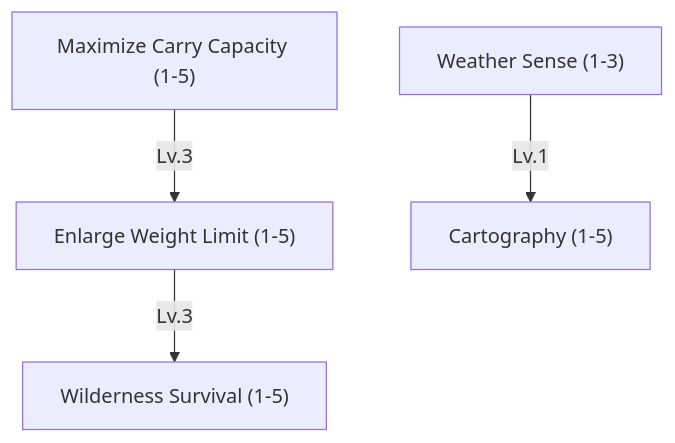
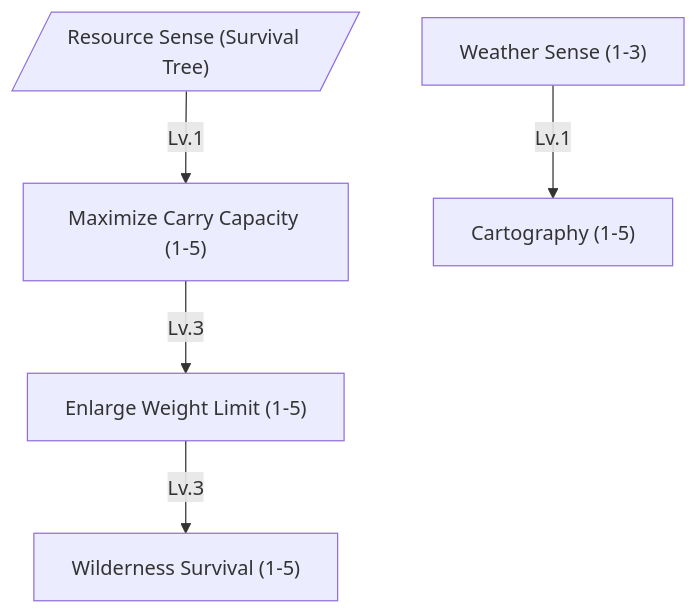
One commit to tfelix/bestia-docs changed the eighth of 16 diagrams in content/docs/mechanics/master.md. Above: the diagram before and after it, drawn with Mermaid. The commit also changed other lines of this file and 2 other files, not shown here.

````diff
--- a/content/docs/mechanics/master.md
+++ b/content/docs/mechanics/master.md
@@ -603,12 +599,14 @@
 ```mermaid
 graph TD
+    ResourceSense[/"Resource Sense (Survival Tree)"/]
     MaximizeCarryCapacity["Maximize Carry Capacity (1-5)"]
     EnlargeWeightLimit["Enlarge Weight Limit (1-5)"]
     Cartography["Cartography (1-5)"]
     WildernessSurvival["Wilderness Survival (1-5)"]
     WeatherSense["Weather Sense (1-3)"]
 
+    ResourceSense -->|Lv.1| MaximizeCarryCapacity
     MaximizeCarryCapacity -->|Lv.3| EnlargeWeightLimit
     EnlargeWeightLimit -->|Lv.3| WildernessSurvival
     WeatherSense -->|Lv.1| Cartography
 ```
````
